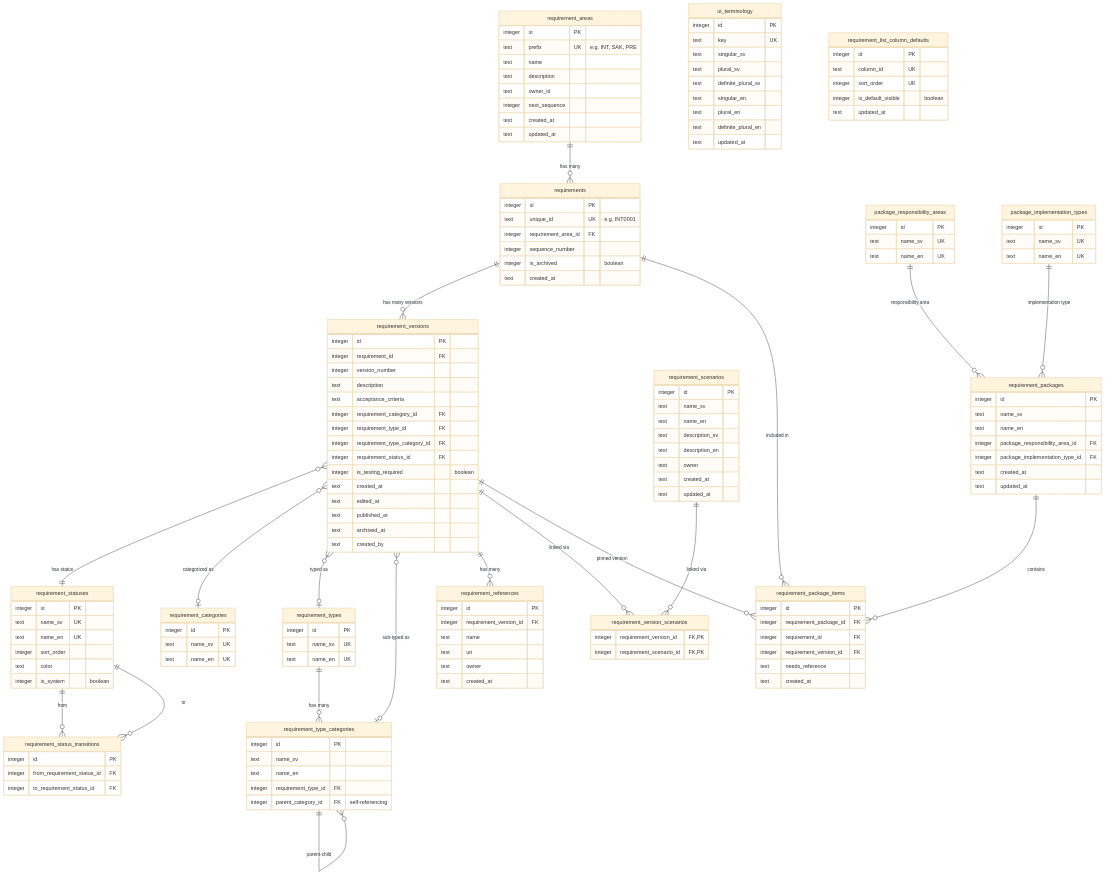
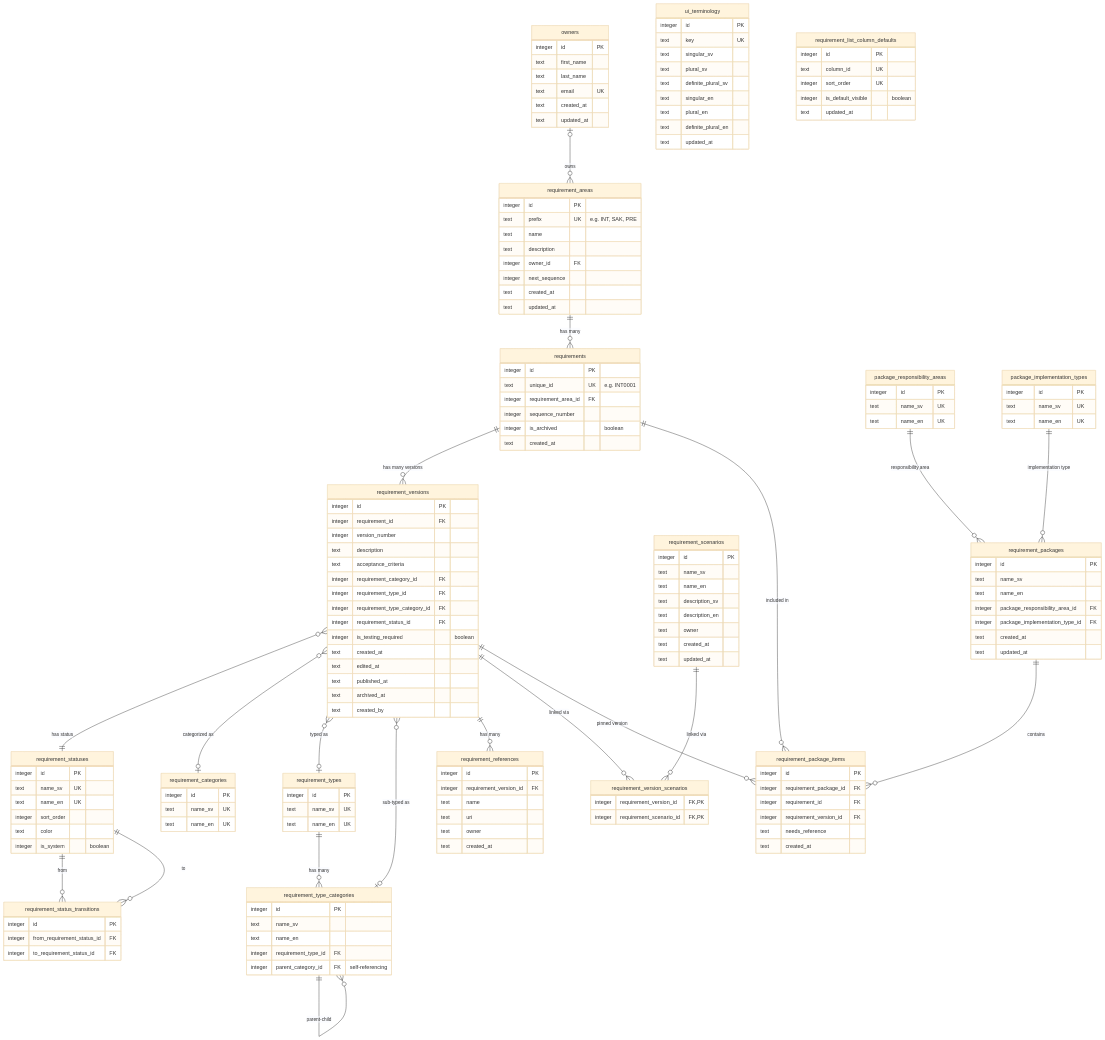
The first of 2 diagrams in docs/database-schema.md (viscalyx/Kravhantering), drawn with Mermaid (base theme) before and after one commit. The commit also changed other lines of this file and 32 other files, not shown here.

First line of the commit message:
feat: add owners management and integrate with requirement areas (#17)

````diff
--- a/docs/database-schema.md
+++ b/docs/database-schema.md
@@ -91,11 +91,20 @@
 ```mermaid
 erDiagram
+    owners {
+        integer id PK
+        text first_name
+        text last_name
+        text email UK
+        text created_at
+        text updated_at
+    }
+
     requirement_areas {
         integer id PK
         text prefix UK "e.g. INT, SAK, PRE"
         text name
         text description
-        text owner_id
+        integer owner_id FK
         integer next_sequence
         text created_at
         text updated_at
@@ -240,6 +249,7 @@
     }
 
     %% Relationships
+    owners |o--o{ requirement_areas : "owns"
     requirement_areas ||--o{ requirements : "has many"
     requirements ||--o{ requirement_versions : "has many versions"
     requirement_versions }o--|| requirement_statuses : "has status"
````
